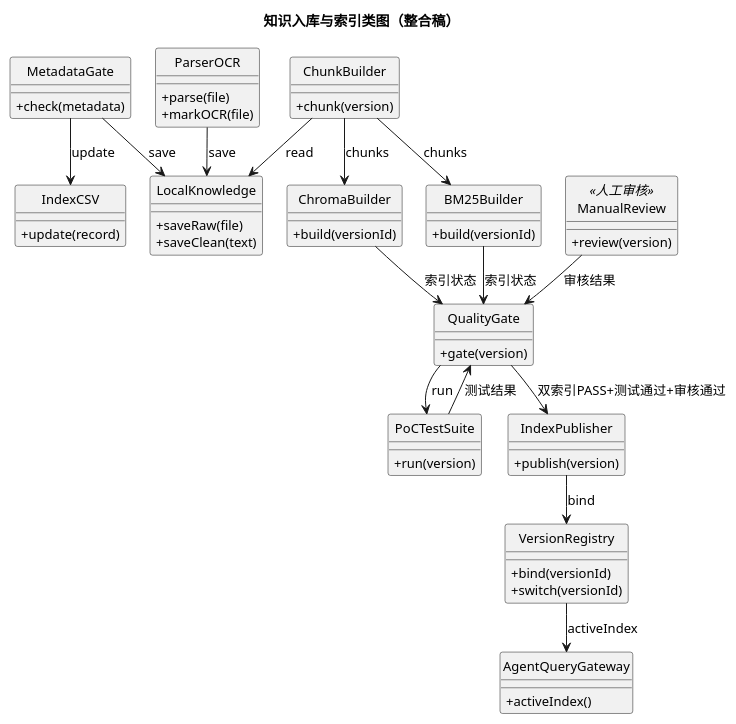
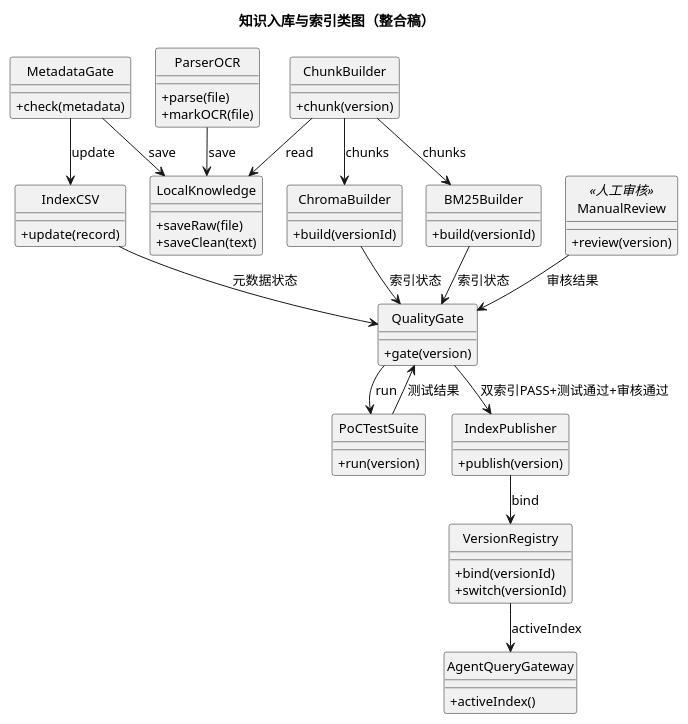
Before and after one commit to yz-Yezi-Genm/CodeMind-FZU: the diagram in docs/assignment-02/system-design/diagrams/uml/class/服务类图_知识入库_整合稿_v1.puml, drawn with PlantUML. The commit also changed 22 other files, not shown here.

```diff
--- a/docs/assignment-02/system-design/diagrams/uml/class/服务类图_知识入库_整合稿_v1.puml
+++ b/docs/assignment-02/system-design/diagrams/uml/class/服务类图_知识入库_整合稿_v1.puml
@@ -1,68 +1,69 @@
 @startuml
 skinparam defaultFontName "Microsoft YaHei"
 skinparam defaultFontSize 13
 skinparam classAttributeIconSize 0
 skinparam nodesep 24
 skinparam ranksep 30
 hide circle
 title 知识入库与索引类图（整合稿）
 
 class MetadataGate {
   + check(metadata)
 }
 class ParserOCR {
   + parse(file)
   + markOCR(file)
 }
 class LocalKnowledge {
   + saveRaw(file)
   + saveClean(text)
 }
 class IndexCSV {
   + update(record)
 }
 class ChunkBuilder {
   + chunk(version)
 }
 class ChromaBuilder {
   + build(versionId)
 }
 class BM25Builder {
   + build(versionId)
 }
 class QualityGate {
   + gate(version)
 }
 class PoCTestSuite {
   + run(version)
 }
 class ManualReview <<人工审核>> {
   + review(version)
 }
 class IndexPublisher {
   + publish(version)
 }
 class VersionRegistry {
   + bind(versionId)
   + switch(versionId)
 }
 class AgentQueryGateway {
   + activeIndex()
 }
 
 MetadataGate --> LocalKnowledge : save
 ParserOCR --> LocalKnowledge : save
 MetadataGate --> IndexCSV : update
+IndexCSV --> QualityGate : 元数据状态
 ChunkBuilder --> LocalKnowledge : read
 ChunkBuilder --> ChromaBuilder : chunks
 ChunkBuilder --> BM25Builder : chunks
 ChromaBuilder --> QualityGate : 索引状态
 BM25Builder --> QualityGate : 索引状态
 QualityGate --> PoCTestSuite : run
 PoCTestSuite --> QualityGate : 测试结果
 ManualReview --> QualityGate : 审核结果
 QualityGate --> IndexPublisher : 双索引PASS+测试通过+审核通过
 IndexPublisher --> VersionRegistry : bind
 VersionRegistry --> AgentQueryGateway : activeIndex
 
 @enduml
```
